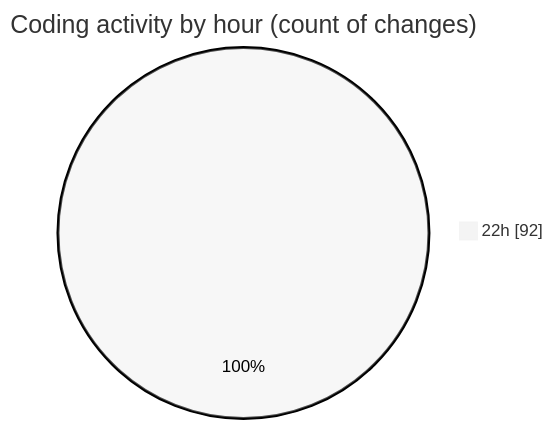
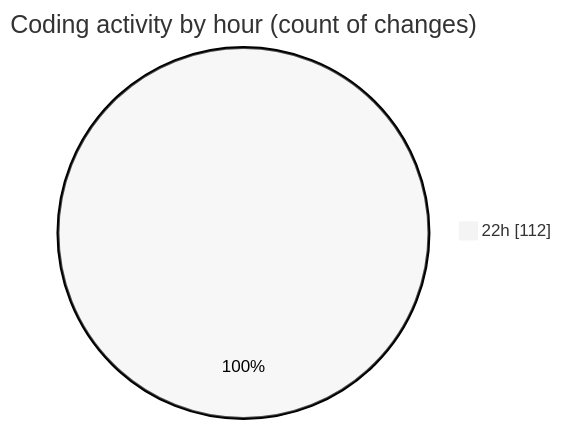
One commit to Ritupan-Deka/code-tracking changed the second of 2 diagrams in 2025-08-09/javascript/README.md. Above: the diagram before and after it, drawn with Mermaid (neutral theme). The commit also changed other lines of this file and 1 other file, not shown here.

````diff
--- a/2025-08-09/javascript/README.md
+++ b/2025-08-09/javascript/README.md
@@ -28,5 +28,5 @@
 ```mermaid
 pie showData
 title Coding activity by hour (count of changes)
-"22h" : 92
+"22h" : 112
 ```
````
